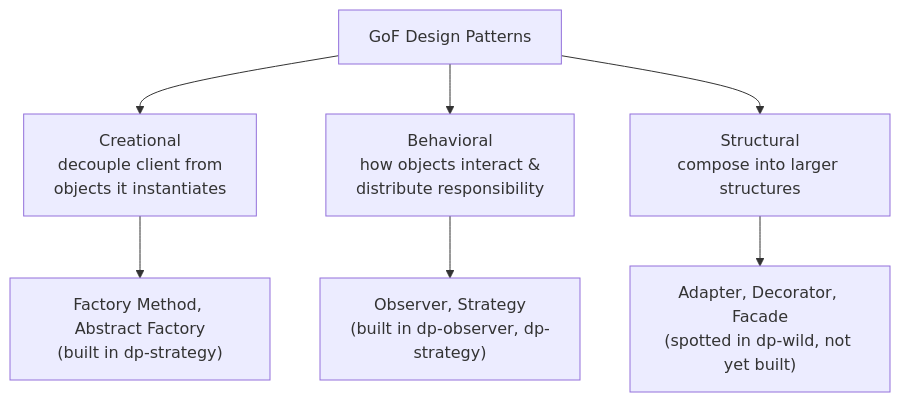
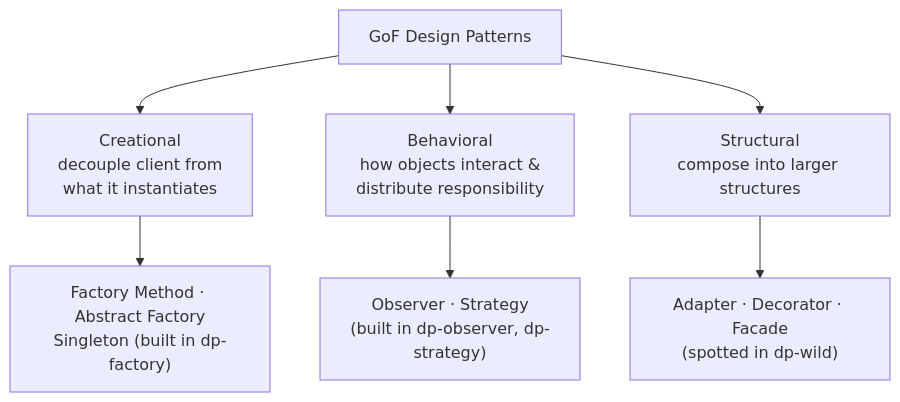
One commit to lokendra1704/devforge changed the second of 3 diagrams in src/data/md/dp-catalog.md. Above: the diagram before and after it, drawn with Mermaid. The commit also changed other lines of this file and 3 other files, not shown here.

First line of the commit message:
Re-ingest Strategy/Factory/Pattern-Picker textbook-faithful

````diff
--- a/src/data/md/dp-catalog.md
+++ b/src/data/md/dp-catalog.md
@@ -19,9 +91,9 @@
 ```mermaid
 flowchart TD
-  DP["GoF Design Patterns"] --> CR["Creational<br/>decouple client from<br/>objects it instantiates"]
+  DP["GoF Design Patterns"] --> CR["Creational<br/>decouple client from<br/>what it instantiates"]
   DP --> BE["Behavioral<br/>how objects interact &<br/>distribute responsibility"]
   DP --> ST["Structural<br/>compose into larger structures"]
-  CR --> FMAF["Factory Method, Abstract Factory<br/>(built in dp-strategy)"]
-  BE --> OBST["Observer, Strategy<br/>(built in dp-observer, dp-strategy)"]
-  ST --> ADFC["Adapter, Decorator, Facade<br/>(spotted in dp-wild, not yet built)"]
+  CR --> c["Factory Method · Abstract Factory<br/>Singleton (built in dp-factory)"]
+  BE --> b["Observer · Strategy<br/>(built in dp-observer, dp-strategy)"]
+  ST --> s["Adapter · Decorator · Facade<br/>(spotted in dp-wild)"]
 ```
````
